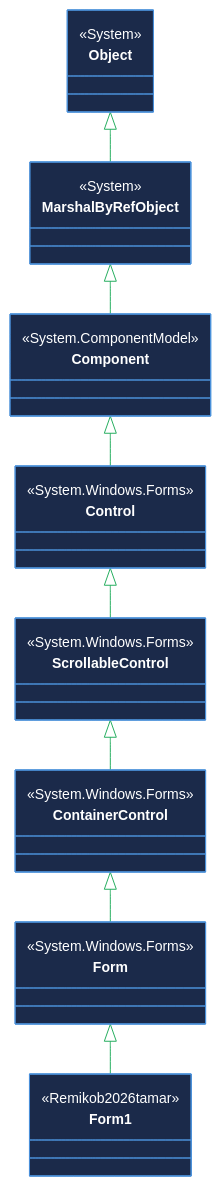
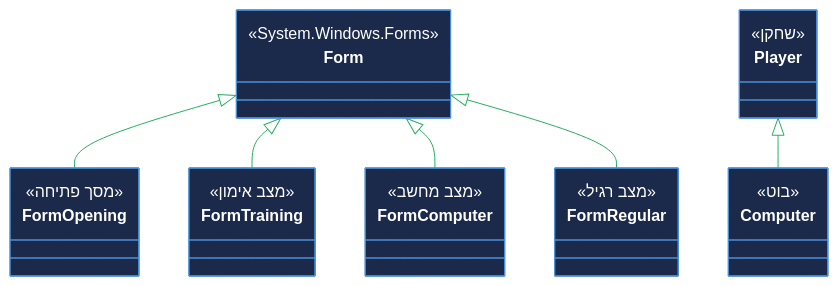
Before and after one commit to amitamit10/test1: the third of 3 diagrams in class-diagrams.md, drawn with Mermaid. The commit also changed other lines of this file, not shown here.

First line of the commit message:
Rebuild class diagrams for Rummikub game — all screens and entities

````diff
--- a/class-diagrams.md
+++ b/class-diagrams.md
@@ -69,61 +175,55 @@
 ```mermaid
 %%{init: {
   "theme": "base",
   "themeVariables": {
     "primaryColor":       "#1B2A4A",
     "primaryTextColor":   "#FFFFFF",
     "primaryBorderColor": "#4A90D9",
     "lineColor":          "#27AE60",
-    "fontFamily":         "Segoe UI, Helvetica, sans-serif",
-    "fontSize":           "14px"
+    "fontFamily":         "Segoe UI, Helvetica, sans-serif"
   }
 }}%%
 classDiagram
     direction BT
 
-    class Object {
-        <<System>>
-    }
-    class MarshalByRefObject {
-        <<System>>
-    }
-    class Component {
-        <<System.ComponentModel>>
-    }
-    class Control {
-        <<System.Windows.Forms>>
-    }
-    class ScrollableControl {
-        <<System.Windows.Forms>>
-    }
-    class ContainerControl {
-        <<System.Windows.Forms>>
-    }
     class Form {
         <<System.Windows.Forms>>
     }
-    class Form1 {
-        <<Remikob2026tamar>>
+    class FormOpening {
+        <<מסך פתיחה>>
+    }
+    class FormTraining {
+        <<מצב אימון>>
+    }
+    class FormComputer {
+        <<מצב מחשב>>
+    }
+    class FormRegular {
+        <<מצב רגיל>>
+    }
+    class Player {
+        <<שחקן>>
+    }
+    class Computer {
+        <<בוט>>
     }
 
-    MarshalByRefObject  --|> Object
-    Component           --|> MarshalByRefObject
-    Control             --|> Component
-    ScrollableControl   --|> Control
-    ContainerControl    --|> ScrollableControl
-    Form                --|> ContainerControl
-    Form1               --|> Form
+    FormOpening  --|> Form
+    FormTraining --|> Form
+    FormComputer --|> Form
+    FormRegular  --|> Form
+    Computer     --|> Player
 
-    classDef sys      fill:#2C3E50,stroke:#7F8C8D,stroke-width:1px,color:#BDC3C7,font-style:italic
-    classDef winforms fill:#1A3A5C,stroke:#2980B9,stroke-width:1px,color:#85C1E9
-    classDef custom   fill:#145A32,stroke:#27AE60,stroke-width:2px,color:#fff,font-weight:bold
+    classDef screen   fill:#0B3D91,stroke:#4A90D9,stroke-width:2px,color:#fff
+    classDef base     fill:#2C3E50,stroke:#7F8C8D,stroke-width:1px,color:#BDC3C7,font-style:italic
+    classDef entity   fill:#145A32,stroke:#27AE60,stroke-width:2px,color:#fff
+    classDef computer fill:#7D3C00,stroke:#E67E22,stroke-width:2px,color:#fff
 
-    class Object:::sys
-    class MarshalByRefObject:::sys
-    class Component:::sys
-    class Control:::winforms
-    class ScrollableControl:::winforms
-    class ContainerControl:::winforms
-    class Form:::winforms
-    class Form1:::custom
+    class Form:::base
+    class FormOpening:::screen
+    class FormTraining:::screen
+    class FormComputer:::screen
+    class FormRegular:::screen
+    class Player:::entity
+    class Computer:::computer
 ```
````
